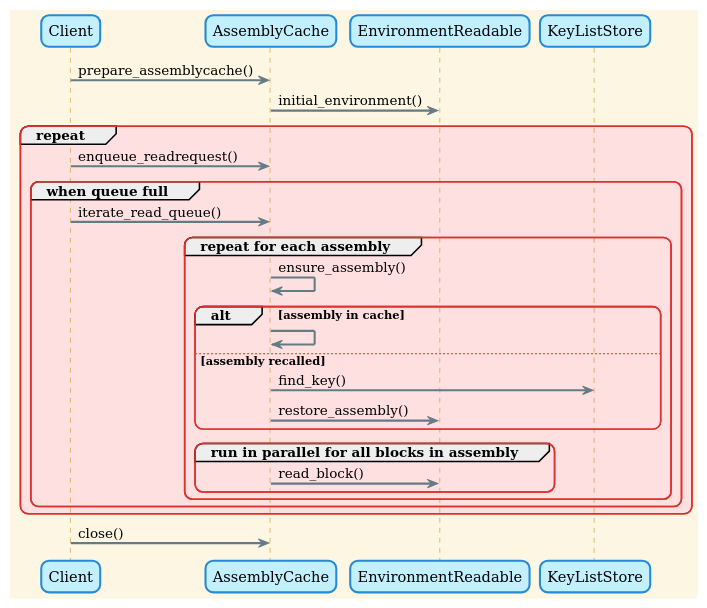
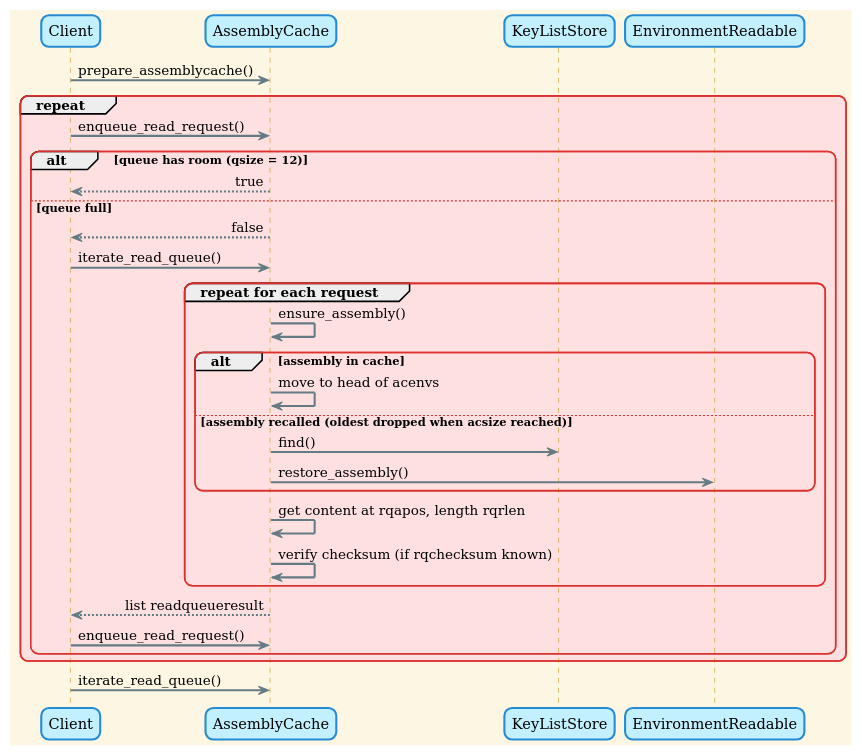
The fourth of 5 diagrams in services.uml/assemblycache.puml (eLyKseeR/modelling), drawn with PlantUML before and after one commit. The commit also changed other lines of this file and 40 other files, not shown here.

```diff
--- a/services.uml/assemblycache.puml
+++ b/services.uml/assemblycache.puml
@@ -71,27 +131,30 @@
-@startuml asssemblycache read usage
+@startuml assemblycache read usage
 
 !theme sunlust
 
 Client -> AssemblyCache : prepare_assemblycache()
-AssemblyCache -> EnvironmentReadable : initial_environment()
 group repeat
-    Client -> AssemblyCache : enqueue_readrequest()
-    group when queue full
+    Client -> AssemblyCache : enqueue_read_request()
+    alt queue has room (qsize = 12)
+        AssemblyCache --> Client : true
+    else queue full
+        AssemblyCache --> Client : false
         Client -> AssemblyCache : iterate_read_queue()
-        group repeat for each assembly
+        group repeat for each request
             AssemblyCache -> AssemblyCache : ensure_assembly()
             alt assembly in cache
-                AssemblyCache -> AssemblyCache
-            else assembly recalled
-                AssemblyCache -> KeyListStore : find_key()
+                AssemblyCache -> AssemblyCache : move to head of acenvs
+            else assembly recalled (oldest dropped when acsize reached)
+                AssemblyCache -> KeyListStore : find()
                 AssemblyCache -> EnvironmentReadable : restore_assembly()
             end
-            group run in parallel for all blocks in assembly
-                AssemblyCache -> EnvironmentReadable : read_block()
-            end
+            AssemblyCache -> AssemblyCache : get content at rqapos, length rqrlen
+            AssemblyCache -> AssemblyCache : verify checksum (if rqchecksum known)
         end
+        AssemblyCache --> Client : list readqueueresult
+        Client -> AssemblyCache : enqueue_read_request()
     end
 end
-Client -> AssemblyCache : close()
+Client -> AssemblyCache : iterate_read_queue()
 
 @enduml
```
